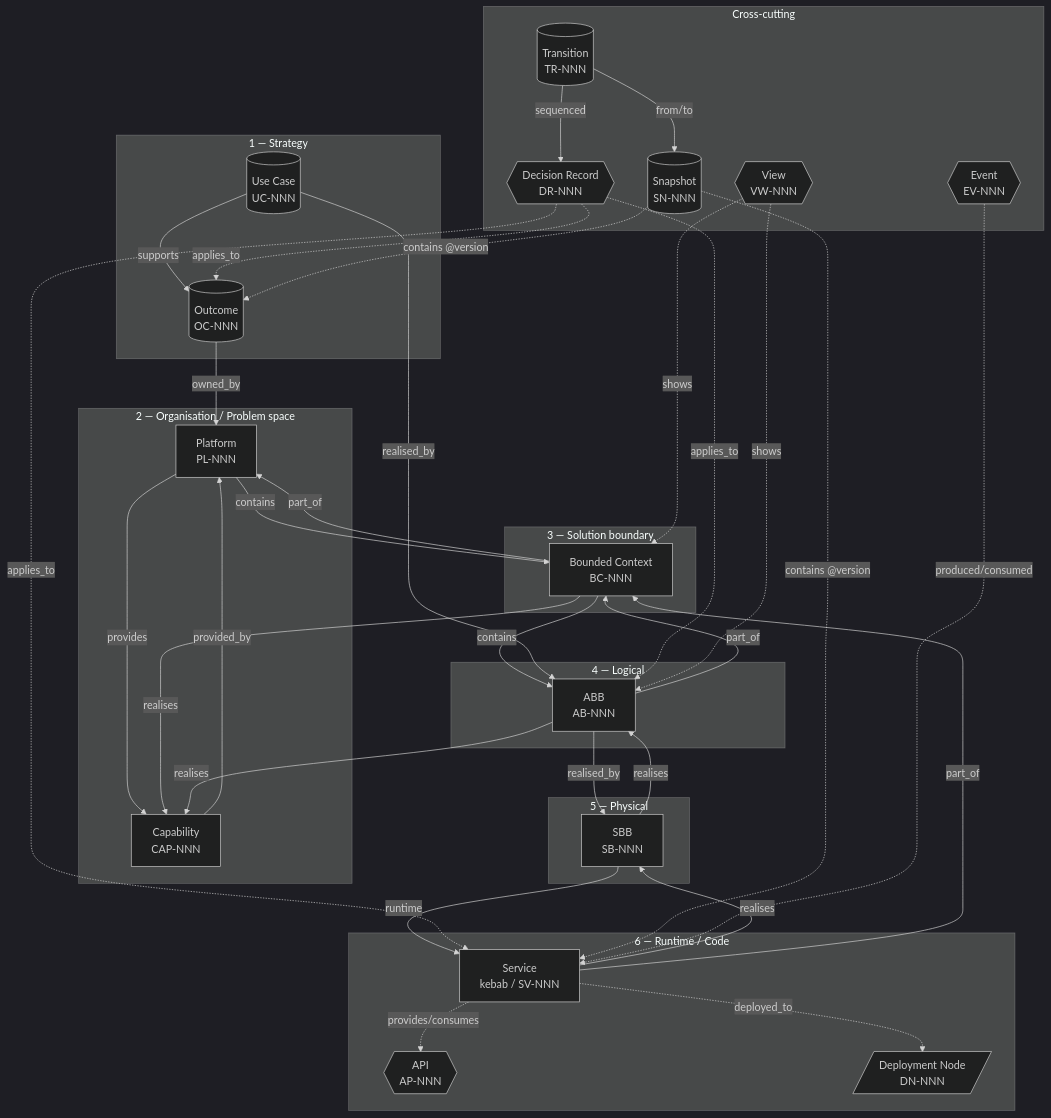
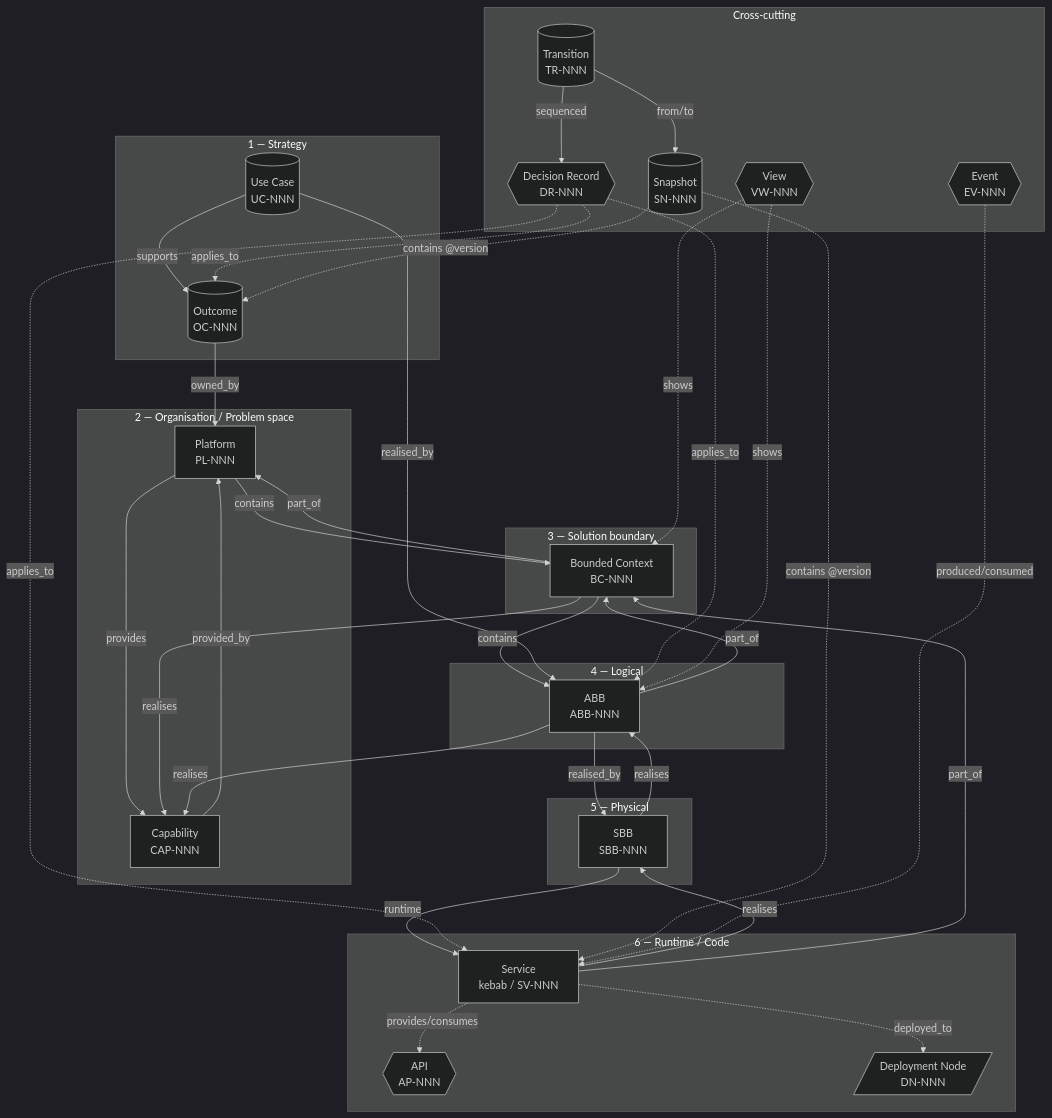
One commit to dermot-obrien/ai-assisted-architecture changed the second of 3 diagrams in standards/standard-frontmatter.md. Above: the diagram before and after it, drawn with Mermaid (dark theme). The commit also changed other lines of this file and 15 other files, not shown here.

First line of the commit message:
refactor(ids): unify ABB/SBB identifiers on ABB-NNN / SBB-NNN

````diff
--- a/standards/standard-frontmatter.md
+++ b/standards/standard-frontmatter.md
@@ -703,69 +703,69 @@
 ```mermaid
 flowchart TB
     subgraph STRATEGY ["1 — Strategy"]
         OC[(Outcome<br/>OC-NNN)]
         UC[(Use Case<br/>UC-NNN)]
     end
 
     subgraph ORG ["2 — Organisation / Problem space"]
         PL[Platform<br/>PL-NNN]
         CAP[Capability<br/>CAP-NNN]
     end
 
     subgraph CTX ["3 — Solution boundary"]
         BC[Bounded Context<br/>BC-NNN]
     end
 
     subgraph LOGICAL ["4 — Logical"]
-        AB[ABB<br/>AB-NNN]
+        AB[ABB<br/>ABB-NNN]
     end
 
     subgraph PHYSICAL ["5 — Physical"]
-        SB[SBB<br/>SB-NNN]
+        SB[SBB<br/>SBB-NNN]
     end
 
     subgraph RUNTIME ["6 — Runtime / Code"]
         SV[Service<br/>kebab / SV-NNN]
         AP{{API<br/>AP-NNN}}
         DN[/Deployment Node<br/>DN-NNN/]
     end
 
     subgraph CROSSCUT ["Cross-cutting"]
         DR{{Decision Record<br/>DR-NNN}}
         SN[(Snapshot<br/>SN-NNN)]
         TR[(Transition<br/>TR-NNN)]
         VW{{View<br/>VW-NNN}}
         EV{{Event<br/>EV-NNN}}
     end
 
     UC -- supports --> OC
     OC -- owned_by --> PL
     PL -- provides --> CAP
     PL -- contains --> BC
     BC -- realises --> CAP
     BC -- contains --> AB
     BC -- part_of --> PL
     CAP -- provided_by --> PL
     UC -- realised_by --> AB
     AB -- realises --> CAP
     AB -- part_of --> BC
     AB -- realised_by --> SB
     SB -- realises --> AB
     SB -- runtime --> SV
     SV -- realises --> SB
     SV -- part_of --> BC
 
     SV -. provides/consumes .-> AP
     SV -. deployed_to .-> DN
 
     DR -. applies_to .-> OC
     DR -. applies_to .-> AB
     DR -. applies_to .-> SV
     SN -. contains @version .-> OC
     SN -. contains @version .-> SV
     TR -- from/to --> SN
     TR -- sequenced --> DR
     VW -. shows .-> AB
     VW -. shows .-> BC
     EV -. produced/consumed .-> SV
 ```
````
